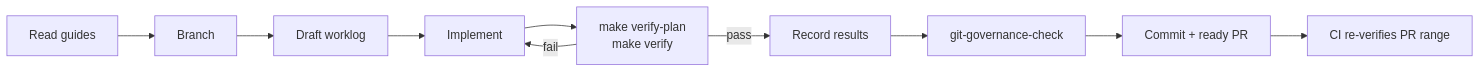
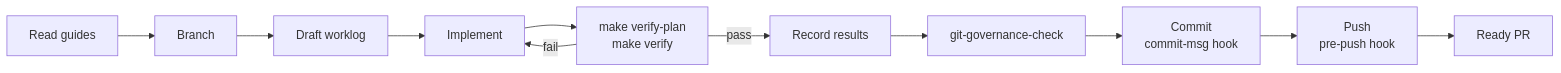
Before and after one commit to Blueprint4Agent/Blueprint4Agent.github.io: the first of 3 diagrams in docs/verification/verification-process.mdx, drawn with Mermaid. The commit also changed other lines of this file and 8 other files, not shown here.

````diff
--- a/docs/verification/verification-process.mdx
+++ b/docs/verification/verification-process.mdx
@@ -13,12 +13,13 @@
 ```mermaid
 flowchart LR
     R["Read guides"] --> B["Branch"]
     B --> P["Draft worklog"]
     P --> I["Implement"]
     I --> V["make verify-plan<br/>make verify"]
     V -- "fail" --> I
     V -- "pass" --> W["Record results"]
     W --> G["git-governance-check"]
-    G --> C["Commit + ready PR"]
-    C --> CI["CI re-verifies PR range"]
+    G --> C["Commit<br/>commit-msg hook"]
+    C --> PU["Push<br/>pre-push hook"]
+    PU --> PR["Ready PR"]
 ```
````
